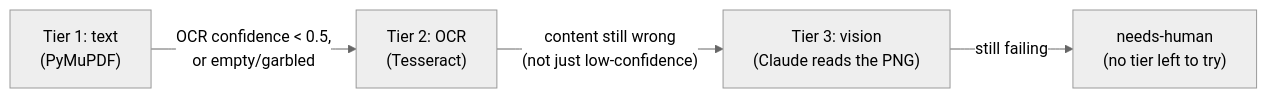
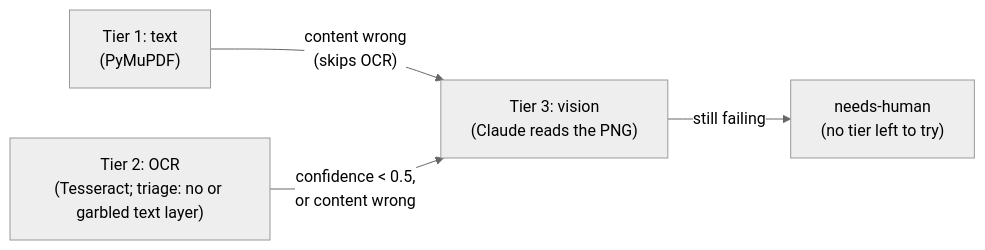
Before and after one commit to MichaelD-42/scriptorium: the third of 3 diagrams in docs/architecture.md, drawn with Mermaid (neutral theme). The commit also changed other lines of this file and 22 other files, not shown here.

````diff
--- a/docs/architecture.md
+++ b/docs/architecture.md
@@ -121,6 +121,6 @@
 ```mermaid
 flowchart LR
-    T["Tier 1: text<br/>(PyMuPDF)"] -->|"OCR confidence < 0.5,<br/>or empty/garbled"| O["Tier 2: OCR<br/>(Tesseract)"]
-    O -->|"content still wrong<br/>(not just low-confidence)"| V["Tier 3: vision<br/>(Claude reads the PNG)"]
+    T["Tier 1: text<br/>(PyMuPDF)"] -->|"content wrong<br/>(skips OCR)"| V["Tier 3: vision<br/>(Claude reads the PNG)"]
+    O["Tier 2: OCR<br/>(Tesseract; triage: no or garbled text layer)"] -->|"confidence < 0.5,<br/>or content wrong"| V
     V -->|"still failing"| H["needs-human<br/>(no tier left to try)"]
 ```
````
